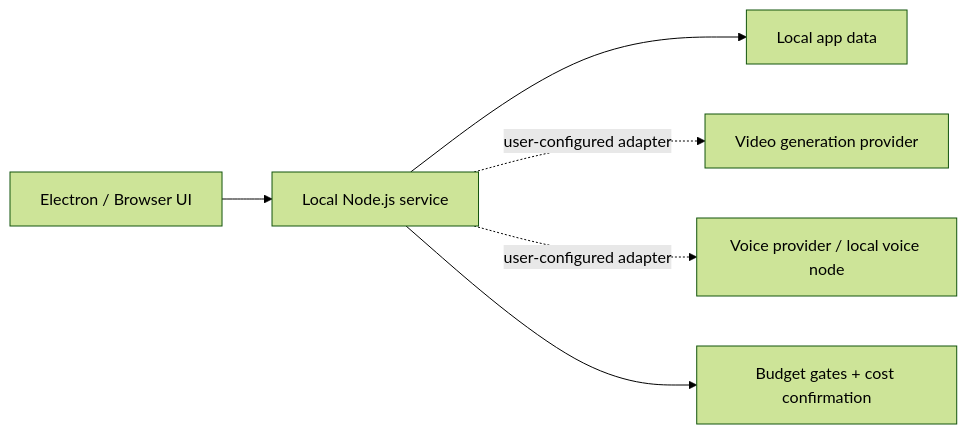
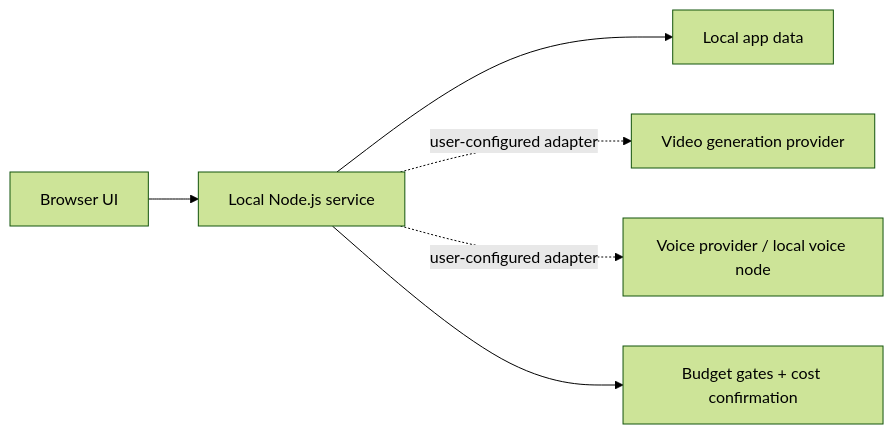
Before and after one commit to yunper-wang/digital-human-studio: the diagram in README.md, drawn with Mermaid (forest theme). The commit also changed other lines of this file and 4 other files, not shown here.

````diff
--- a/README.md
+++ b/README.md
@@ -139,8 +140,8 @@
 ```mermaid
 flowchart LR
-  UI["Electron / Browser UI"] --> API["Local Node.js service"]
+  UI["Browser UI"] --> API["Local Node.js service"]
   API --> STORE["Local app data"]
   API -. "user-configured adapter" .-> VIDEO["Video generation provider"]
   API -. "user-configured adapter" .-> VOICE["Voice provider / local voice node"]
   API --> GUARD["Budget gates + cost confirmation"]
 ```
````
